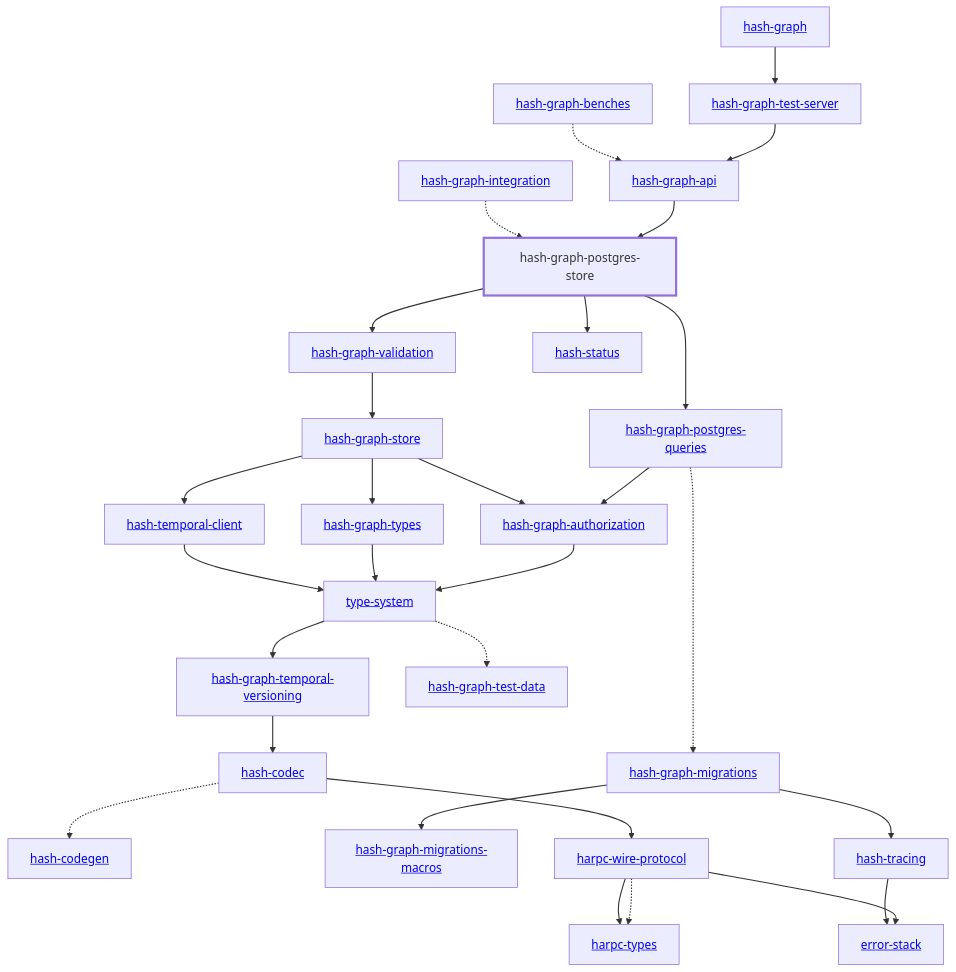
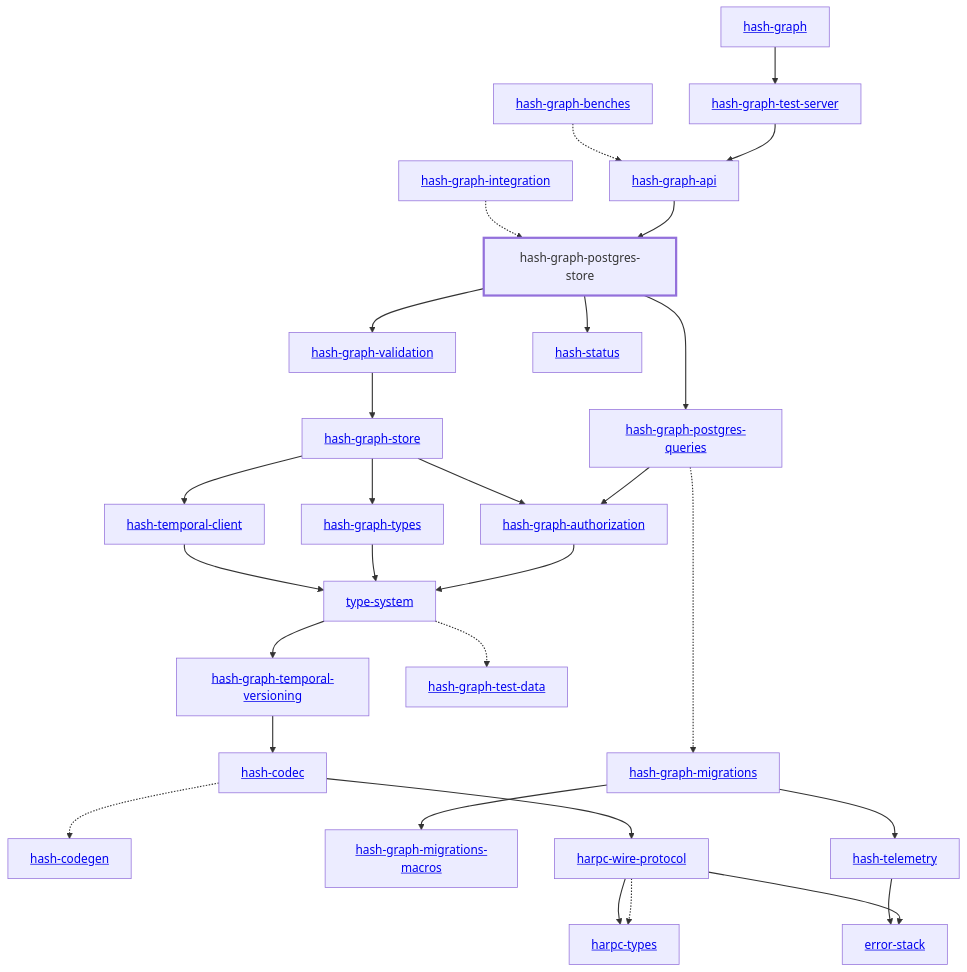
One commit to hashintel/hash changed the diagram in libs/@local/graph/postgres-store/docs/dependency-diagram.mmd. Above: the diagram before and after it, drawn with Mermaid. The commit also changed 38 other files, not shown here.

Commit message:
Rename `hash-tracing` to `hash-telemetry`

```diff
--- a/libs/@local/graph/postgres-store/docs/dependency-diagram.mmd
+++ b/libs/@local/graph/postgres-store/docs/dependency-diagram.mmd
@@ -1,63 +1,63 @@
 graph TD
     linkStyle default stroke-width:1.5px
     classDef default stroke-width:1px
     classDef root stroke-width:3px
     classDef dev stroke-width:1px
     classDef build stroke-width:1px
     %% Legend
     %% --> : Normal dependency
     %% -.-> : Dev dependency
     %% ---> : Build dependency
     0[<a href="../hash_graph">hash-graph</a>]
     1[<a href="../type_system">type-system</a>]
     2[<a href="../hash_codec">hash-codec</a>]
     3[<a href="../hash_codegen">hash-codegen</a>]
     4[<a href="../hash_graph_api">hash-graph-api</a>]
     5[<a href="../hash_graph_authorization">hash-graph-authorization</a>]
     6[<a href="../hash_graph_migrations">hash-graph-migrations</a>]
     7[<a href="../hash_graph_migrations_macros">hash-graph-migrations-macros</a>]
     8[<a href="../hash_graph_postgres_queries">hash-graph-postgres-queries</a>]
     9[hash-graph-postgres-store]
     class 9 root
     10[<a href="../hash_graph_store">hash-graph-store</a>]
     11[<a href="../hash_graph_temporal_versioning">hash-graph-temporal-versioning</a>]
     12[<a href="../hash_graph_test_server">hash-graph-test-server</a>]
     13[<a href="../hash_graph_types">hash-graph-types</a>]
     14[<a href="../hash_graph_validation">hash-graph-validation</a>]
     15[<a href="../harpc_types">harpc-types</a>]
     16[<a href="../harpc_wire_protocol">harpc-wire-protocol</a>]
     17[<a href="../hash_status">hash-status</a>]
-    18[<a href="../hash_temporal_client">hash-temporal-client</a>]
-    19[<a href="../hash_tracing">hash-tracing</a>]
+    18[<a href="../hash_telemetry">hash-telemetry</a>]
+    19[<a href="../hash_temporal_client">hash-temporal-client</a>]
     20[<a href="../error_stack">error-stack</a>]
     21[<a href="../hash_graph_benches">hash-graph-benches</a>]
     22[<a href="../hash_graph_integration">hash-graph-integration</a>]
     23[<a href="../hash_graph_test_data">hash-graph-test-data</a>]
     0 --> 12
     1 --> 11
     1 -.-> 23
     2 -.-> 3
     2 --> 16
     4 --> 9
     5 --> 1
     6 --> 7
-    6 --> 19
+    6 --> 18
     8 --> 5
     8 -.-> 6
     9 --> 8
     9 --> 14
     9 --> 17
     10 --> 5
     10 --> 13
-    10 --> 18
+    10 --> 19
     11 --> 2
     12 --> 4
     13 --> 1
     14 --> 10
     16 -.-> 15
     16 --> 15
     16 --> 20
-    18 --> 1
-    19 --> 20
+    18 --> 20
+    19 --> 1
     21 -.-> 4
     22 -.-> 9
```
